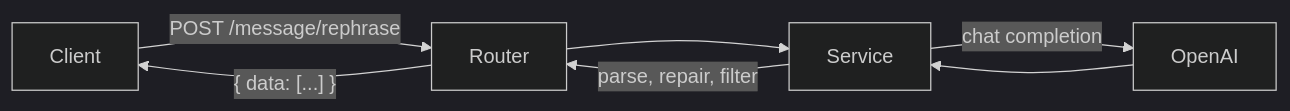
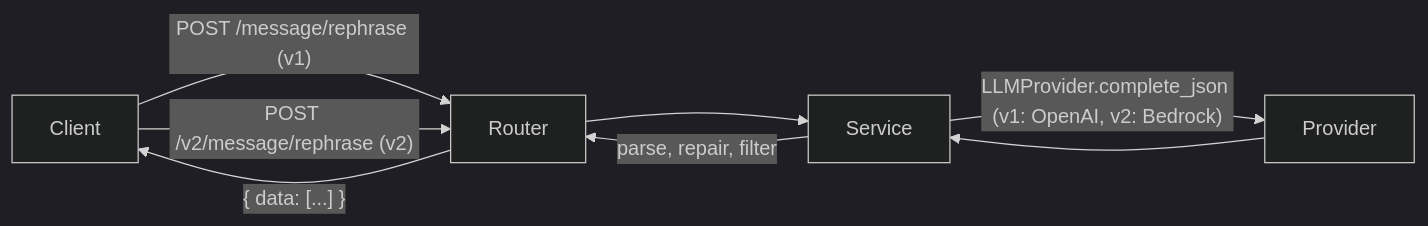
Before and after one commit to nawarajsubedi/sms-rephrasing-api: the diagram in README.md, drawn with Mermaid (dark theme). The commit also changed other lines of this file and 16 other files, not shown here.

First line of the commit message:
Add Amazon Bedrock provider and v2 rephrase endpoint

````diff
--- a/README.md
+++ b/README.md
@@ -11,9 +12,10 @@
 ```mermaid
 flowchart LR
-    Client -->|POST /message/rephrase| Router
+    Client -->|"POST /message/rephrase (v1)"| Router
+    Client -->|"POST /v2/message/rephrase (v2)"| Router
     Router --> Service
-    Service -->|chat completion| OpenAI
-    OpenAI --> Service
+    Service -->|"LLMProvider.complete_json (v1: OpenAI, v2: Bedrock)"| Provider
+    Provider --> Service
     Service -->|parse, repair, filter| Router
     Router -->|"{ data: [...] }"| Client
 ```
````
